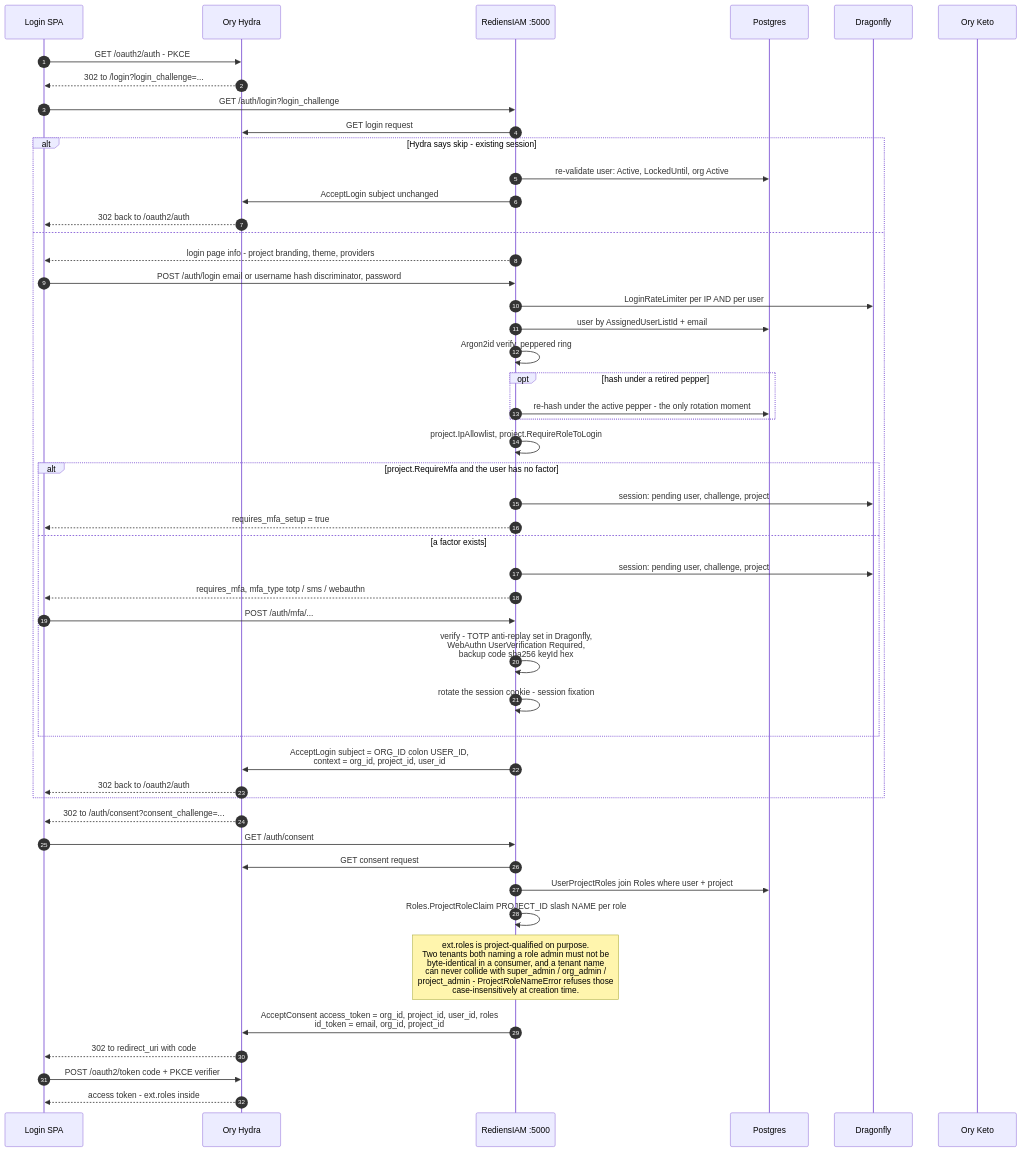
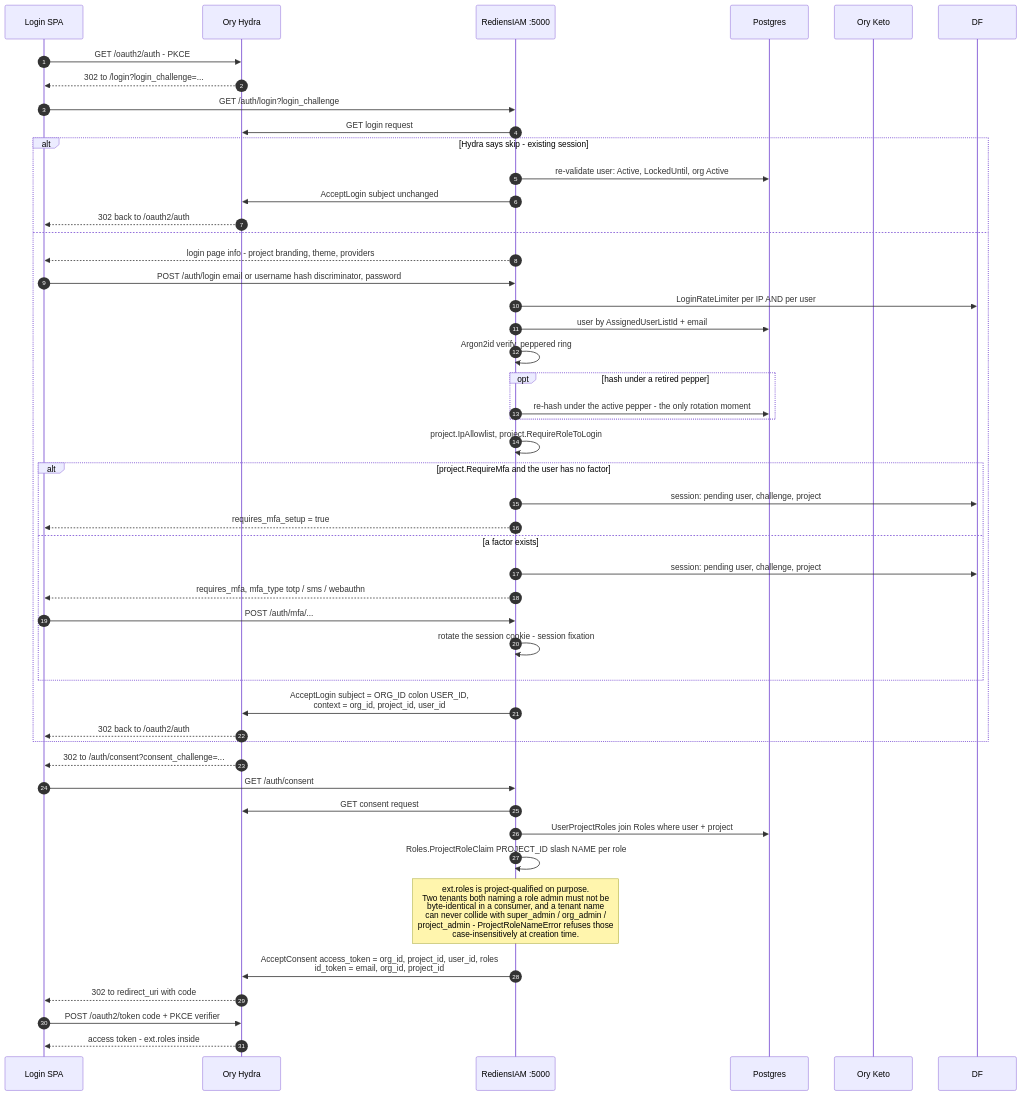
One commit to GuillaumeCariou/RediensIAM changed diagram 11 of 27 in docs/DIAGRAMS.md. Above: the diagram before and after it, drawn with Mermaid. The commit also changed other lines of this file and 93 other files, not shown here.

````diff
--- a/docs/DIAGRAMS.md
+++ b/docs/DIAGRAMS.md
@@ -453,53 +440,51 @@
 ```mermaid
 sequenceDiagram
     autonumber
     participant SPA as Login SPA
     participant H as Ory Hydra
     participant R as RediensIAM :5000
     participant DB as Postgres
-    participant DF as Dragonfly
     participant K as Ory Keto
 
     SPA->>H: GET /oauth2/auth - PKCE
     H-->>SPA: 302 to /login?login_challenge=...
     SPA->>R: GET /auth/login?login_challenge
     R->>H: GET login request
     alt Hydra says skip - existing session
         R->>DB: re-validate user: Active, LockedUntil, org Active
         R->>H: AcceptLogin subject unchanged
         H-->>SPA: 302 back to /oauth2/auth
     else
         R-->>SPA: login page info - project branding, theme, providers
         SPA->>R: POST /auth/login  email or username hash discriminator, password
         R->>DF: LoginRateLimiter per IP AND per user
         R->>DB: user by AssignedUserListId + email
         R->>R: Argon2id verify, peppered ring
         opt hash under a retired pepper
             R->>DB: re-hash under the active pepper - the only rotation moment
         end
         R->>R: project.IpAllowlist, project.RequireRoleToLogin
         alt project.RequireMfa and the user has no factor
             R->>DF: session: pending user, challenge, project
             R-->>SPA: requires_mfa_setup = true
         else a factor exists
             R->>DF: session: pending user, challenge, project
             R-->>SPA: requires_mfa, mfa_type totp / sms / webauthn
             SPA->>R: POST /auth/mfa/...
-            R->>R: verify - TOTP anti-replay set in Dragonfly,<br/>WebAuthn UserVerification Required,<br/>backup code sha256 keyId hex
             R->>R: rotate the session cookie - session fixation
         end
         R->>H: AcceptLogin  subject = ORG_ID colon USER_ID,<br/>context = org_id, project_id, user_id
         H-->>SPA: 302 back to /oauth2/auth
     end
 
     H-->>SPA: 302 to /auth/consent?consent_challenge=...
     SPA->>R: GET /auth/consent
     R->>H: GET consent request
     R->>DB: UserProjectRoles join Roles where user + project
     R->>R: Roles.ProjectRoleClaim  PROJECT_ID slash NAME  per role
     Note over R: ext.roles is project-qualified on purpose.<br/>Two tenants both naming a role admin must not be<br/>byte-identical in a consumer, and a tenant name<br/>can never collide with super_admin / org_admin /<br/>project_admin - ProjectRoleNameError refuses those<br/>case-insensitively at creation time.
     R->>H: AcceptConsent  access_token = org_id, project_id, user_id, roles<br/>id_token = email, org_id, project_id
     H-->>SPA: 302 to redirect_uri with code
     SPA->>H: POST /oauth2/token  code + PKCE verifier
     H-->>SPA: access token - ext.roles inside
 ```
````
